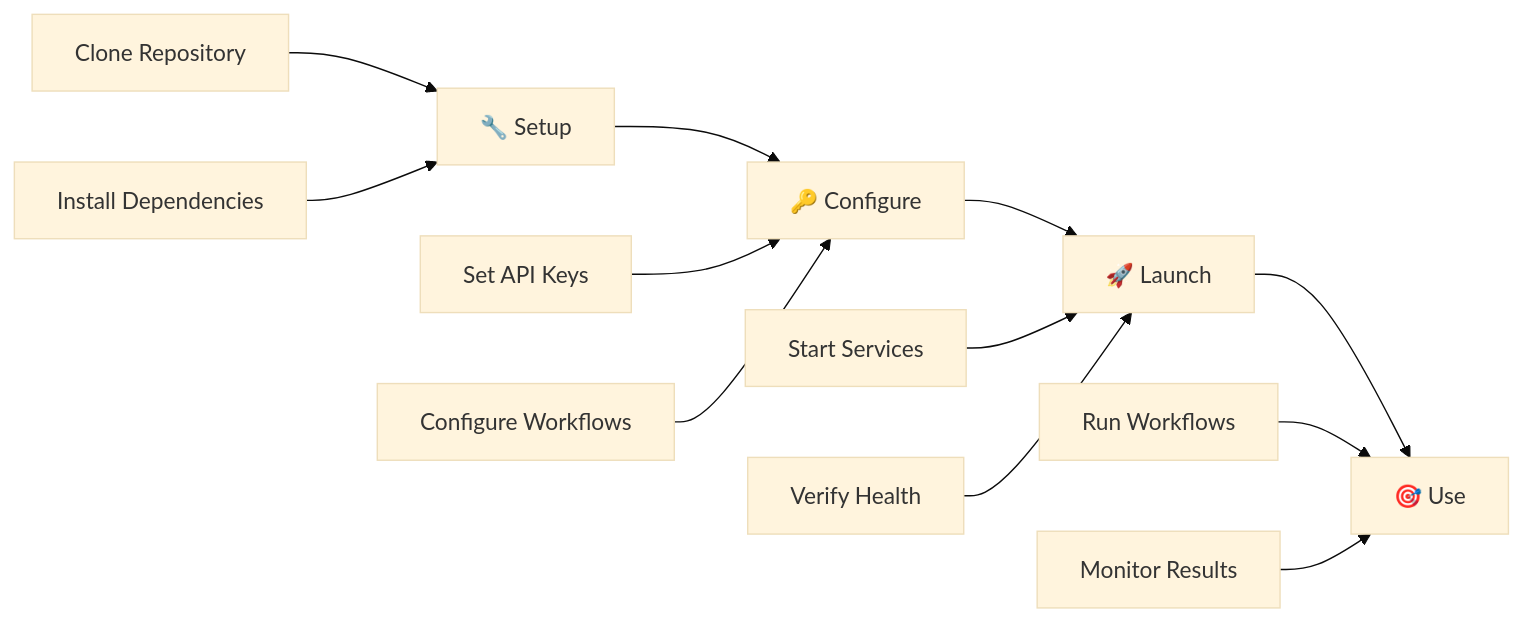
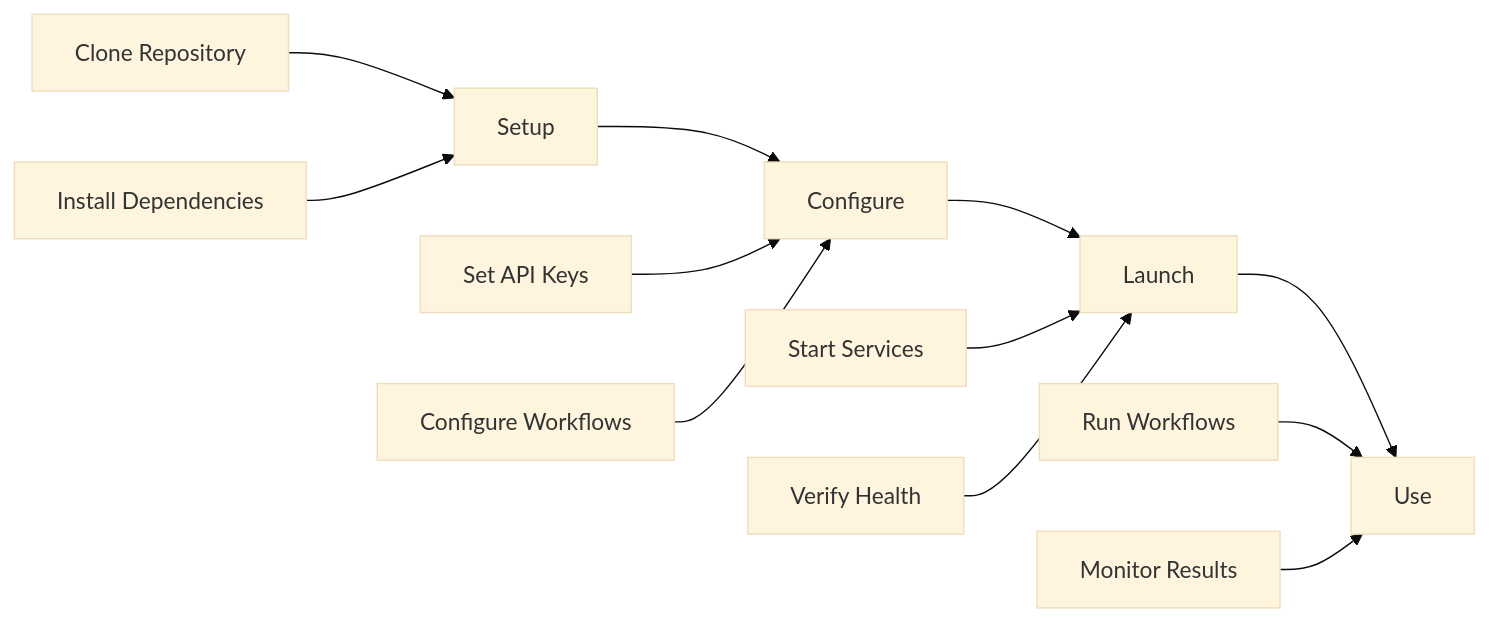
Before and after one commit to over7-maker/Advanced-Multi-Agent-Intelligence-System: the diagram in README.md, drawn with Mermaid (base theme). The commit also changed other lines of this file and 1 other file, not shown here.

````diff
--- a/README.md
+++ b/README.md
@@ -142,18 +142,18 @@
 ```mermaid
 graph LR
-    A[🔧 Setup] --> B[🔑 Configure]
-    B --> C[🚀 Launch]
-    C --> D[🎯 Use]
+    A[Setup] --> B[Configure]
+    B --> C[Launch]
+    C --> D[Use]
     
     A1[Clone Repository] --> A
     A2[Install Dependencies] --> A
     
     B1[Set API Keys] --> B
     B2[Configure Workflows] --> B
     
     C1[Start Services] --> C
     C2[Verify Health] --> C
     
     D1[Run Workflows] --> D
     D2[Monitor Results] --> D
 ```
````
